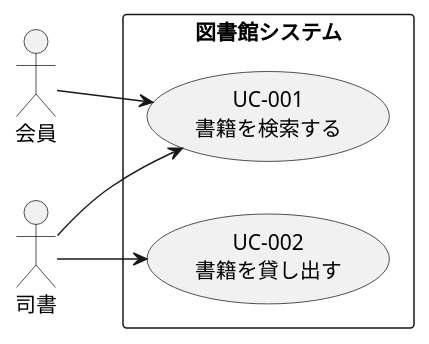
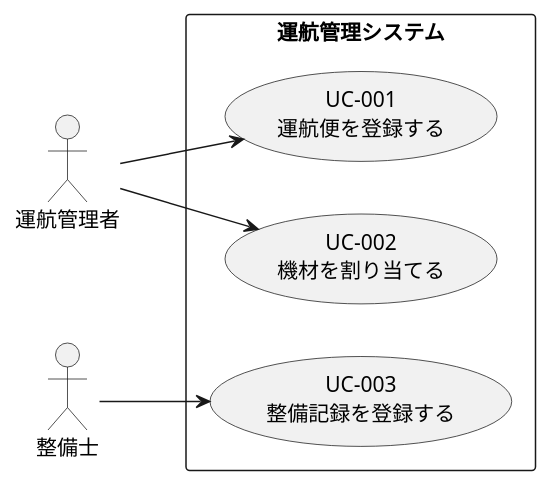
The diagram in docs/requirements/actors.md (UeEmon/use-case-driven-development-workbench), drawn with PlantUML before and after one commit. The commit also changed other lines of this file and 15 other files, not shown here.

First line of the commit message:
題材を図書館サンプルから航空機の運航管理システムに置き換え

````diff
--- a/docs/requirements/actors.md
+++ b/docs/requirements/actors.md
@@ -3,14 +3,15 @@
 ```plantuml
 @startuml
 left to right direction
-actor 会員 as Member
-actor 司書 as Librarian
-rectangle 図書館システム {
-  usecase "UC-001\n書籍を検索する" as UC1
-  usecase "UC-002\n書籍を貸し出す" as UC2
+actor 運航管理者 as Dispatcher
+actor 整備士 as Mechanic
+rectangle 運航管理システム {
+  usecase "UC-001\n運航便を登録する" as UC1
+  usecase "UC-002\n機材を割り当てる" as UC2
+  usecase "UC-003\n整備記録を登録する" as UC3
 }
-Member --> UC1
-Librarian --> UC1
-Librarian --> UC2
+Dispatcher --> UC1
+Dispatcher --> UC2
+Mechanic --> UC3
 @enduml
 ```
````
